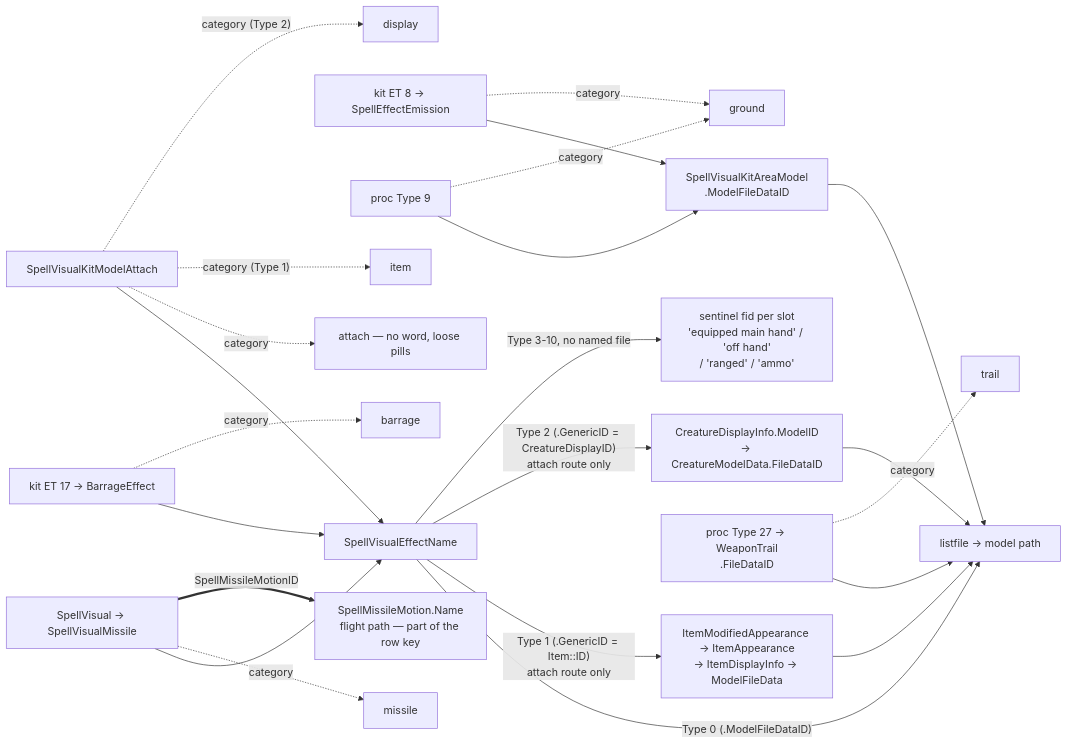
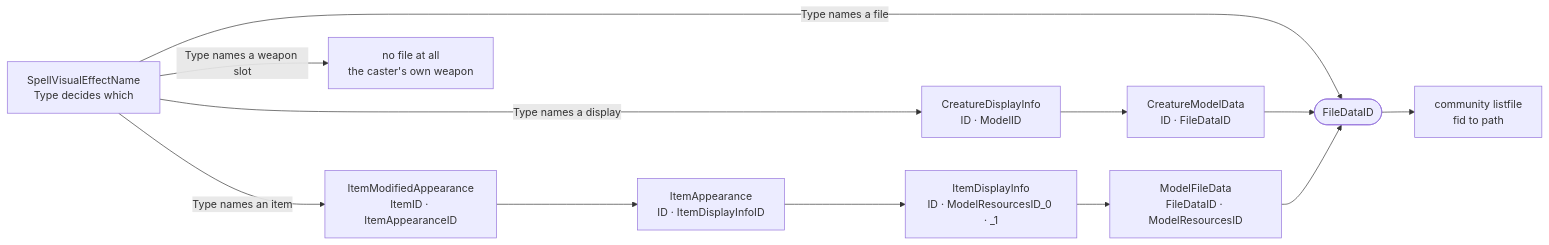
One commit to Natans8/Epsilook changed the fourth of 8 diagrams in docs/DATA_ROUTES.md. Above: the diagram before and after it, drawn with Mermaid. The commit also changed other lines of this file, not shown here.

````diff
--- a/docs/DATA_ROUTES.md
+++ b/docs/DATA_ROUTES.md
@@ -369,25 +155,12 @@
 ```mermaid
 flowchart LR
-    A1["SpellVisualKitModelAttach"] --> EN["SpellVisualEffectName"]
-    M1["SpellVisual → SpellVisualMissile"] --> EN
-    E17["kit ET 17 → BarrageEffect"] --> EN
-    EN -->|" Type 0 (.ModelFileDataID) "| LF["listfile → model path"]
-    EN -->|" Type 1 (.GenericID = Item::ID)<br/>attach route only "| ITM["ItemModifiedAppearance → ItemAppearance<br/>→ ItemDisplayInfo → ModelFileData"]
-    ITM --> LF
-    EN -->|" Type 2 (.GenericID = CreatureDisplayID)<br/>attach route only "| CDI["CreatureDisplayInfo.ModelID<br/>→ CreatureModelData.FileDataID"]
-    CDI --> LF
-    EN -->|" Type 3-10, no named file "| WPN["sentinel fid per slot<br/>'equipped main hand' / 'off hand'<br/>/ 'ranged' / 'ammo'"]
-    E8["kit ET 8 → SpellEffectEmission"] --> AM["SpellVisualKitAreaModel<br/>.ModelFileDataID"]
-    P9["proc Type 9"] --> AM
-    P27["proc Type 27 → WeaponTrail<br/>.FileDataID"] --> LF
-    AM --> LF
-    A1 -.->|" category "| C0["attach — no word, loose pills"]
-    A1 -.->|" category (Type 1) "| C6["item"]
-    A1 -.->|" category (Type 2) "| C5["display"]
-    M1 -.->|" category "| C1["missile"]
-    M1 ==>|" SpellMissileMotionID "| MO["SpellMissileMotion.Name<br/>flight path — part of the row key"]
-    E17 -.->|" category "| C4["barrage"]
-    E8 -.->|" category "| C2["ground"]
-    P9 -.->|" category "| C2
-    P27 -.->|" category "| C3["trail"]
+    SVEN2["SpellVisualEffectName<br/>Type decides which"]
+    SVEN2 -->|"Type names a file"| FID(["FileDataID"])
+    SVEN2 -->|"Type names a display"| CDI["CreatureDisplayInfo<br/>ID · ModelID"]
+    SVEN2 -->|"Type names an item"| IMA["ItemModifiedAppearance<br/>ItemID · ItemAppearanceID"]
+    SVEN2 -->|"Type names a weapon slot"| SLOT["no file at all<br/>the caster's own weapon"]
+    CDI --> CMD["CreatureModelData<br/>ID · FileDataID"] --> FID
+    IMA --> IA["ItemAppearance<br/>ID · ItemDisplayInfoID"] --> IDI["ItemDisplayInfo<br/>ID · ModelResourcesID_0 · _1"]
+    IDI --> MFD["ModelFileData<br/>FileDataID · ModelResourcesID"] --> FID
+    FID --> LF["community listfile<br/>fid to path"]
 ```
````
